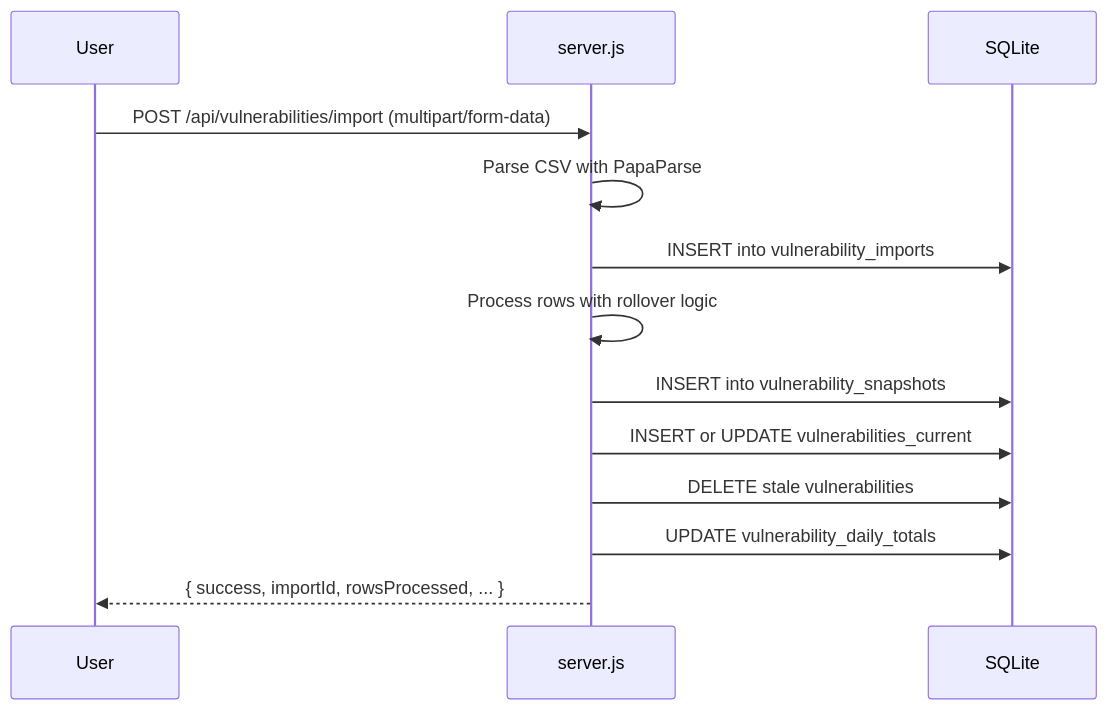
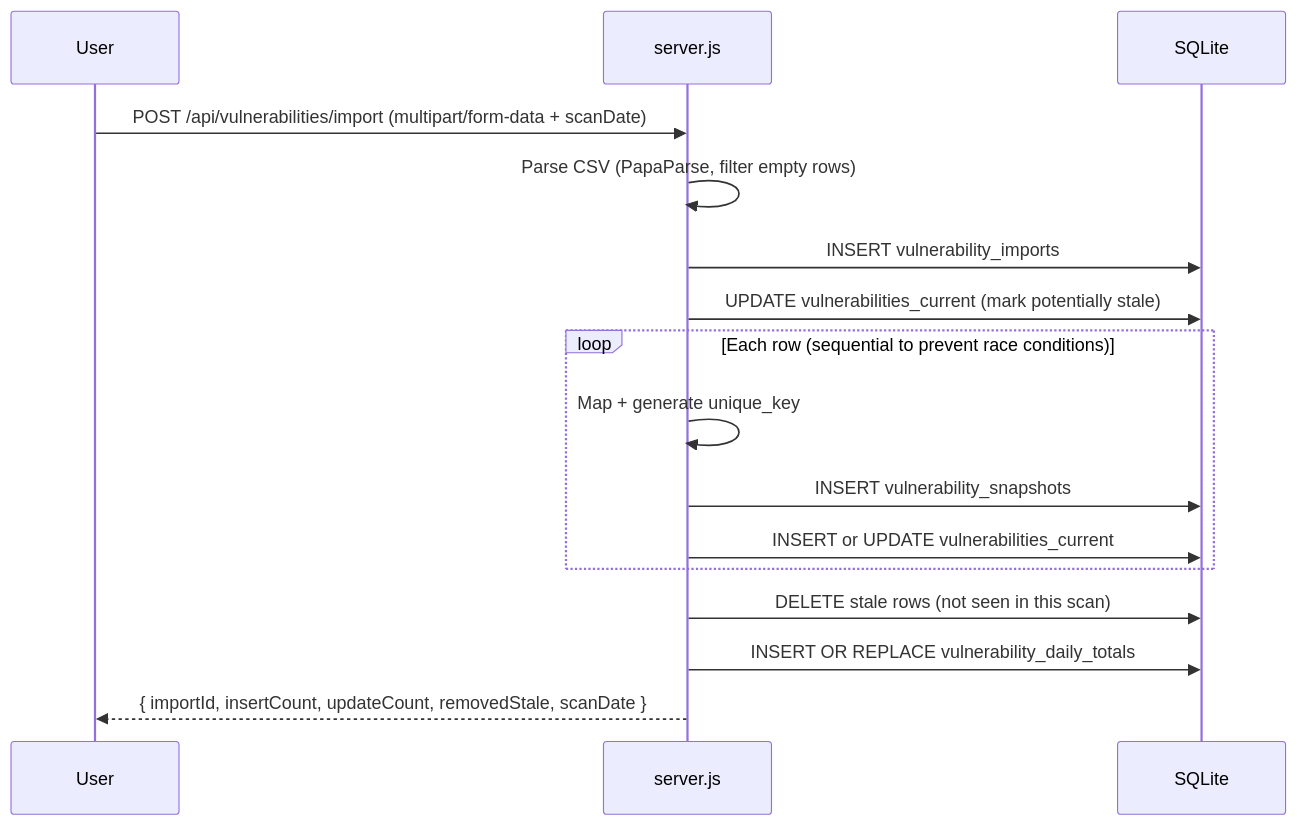
The first of 2 diagrams in docs-source/architecture/backend.md (lbruton/HexTrackr), drawn with Mermaid before and after one commit. The commit also changed other lines of this file and 139 other files, not shown here.

````diff
--- a/docs-source/architecture/backend.md
+++ b/docs-source/architecture/backend.md
@@ -56,16 +57,19 @@
 ```mermaid
 sequenceDiagram
     participant User
     participant API as server.js
     participant DB as SQLite
 
-    User->>API: POST /api/vulnerabilities/import (multipart/form-data)
-    API->>API: Parse CSV with PapaParse
-    API->>DB: INSERT into vulnerability_imports
-    API->>API: Process rows with rollover logic
-    API->>DB: INSERT into vulnerability_snapshots
-    API->>DB: INSERT or UPDATE vulnerabilities_current
-    API->>DB: DELETE stale vulnerabilities
-    API->>DB: UPDATE vulnerability_daily_totals
-    API-->>User: { success, importId, rowsProcessed, ... }
+    User->>API: POST /api/vulnerabilities/import (multipart/form-data + scanDate)
+    API->>API: Parse CSV (PapaParse, filter empty rows)
+    API->>DB: INSERT vulnerability_imports
+    API->>DB: UPDATE vulnerabilities_current (mark potentially stale)
+    loop Each row (sequential to prevent race conditions)
+        API->>API: Map + generate unique_key
+        API->>DB: INSERT vulnerability_snapshots
+        API->>DB: INSERT or UPDATE vulnerabilities_current
+    end
+    API->>DB: DELETE stale rows (not seen in this scan)
+    API->>DB: INSERT OR REPLACE vulnerability_daily_totals
+    API-->>User: { importId, insertCount, updateCount, removedStale, scanDate }
 ```
````
